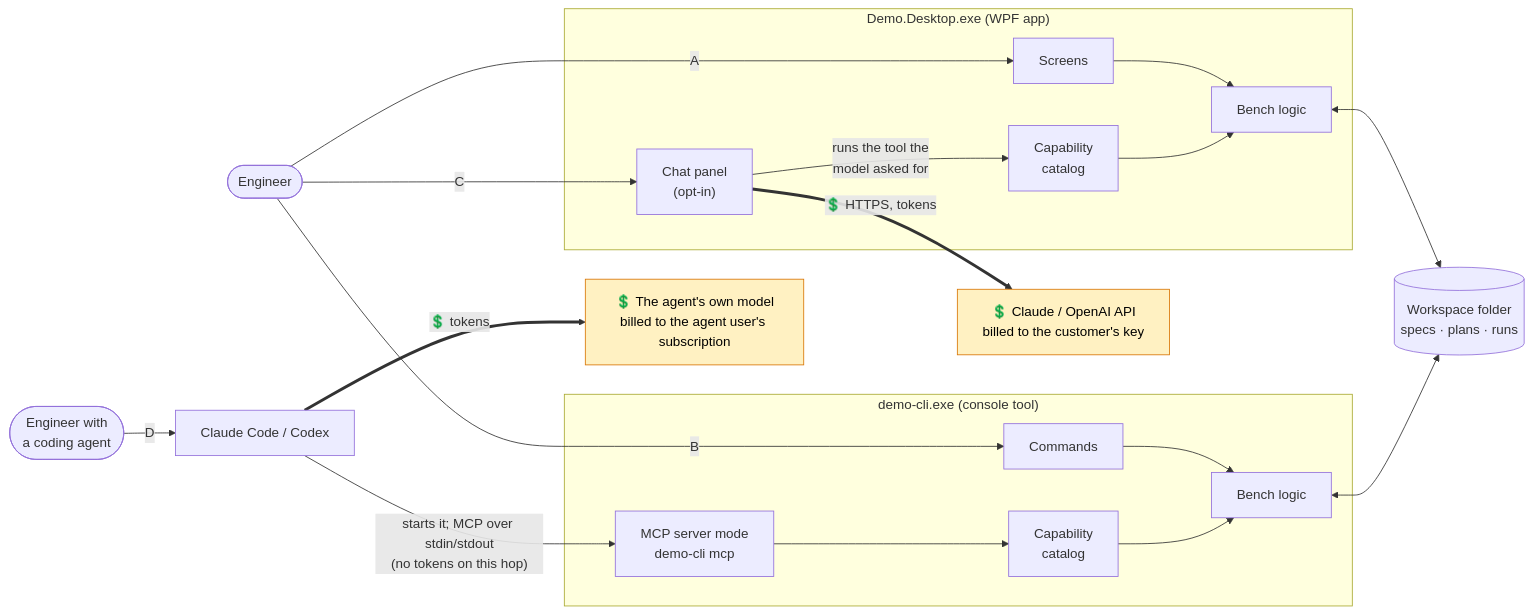
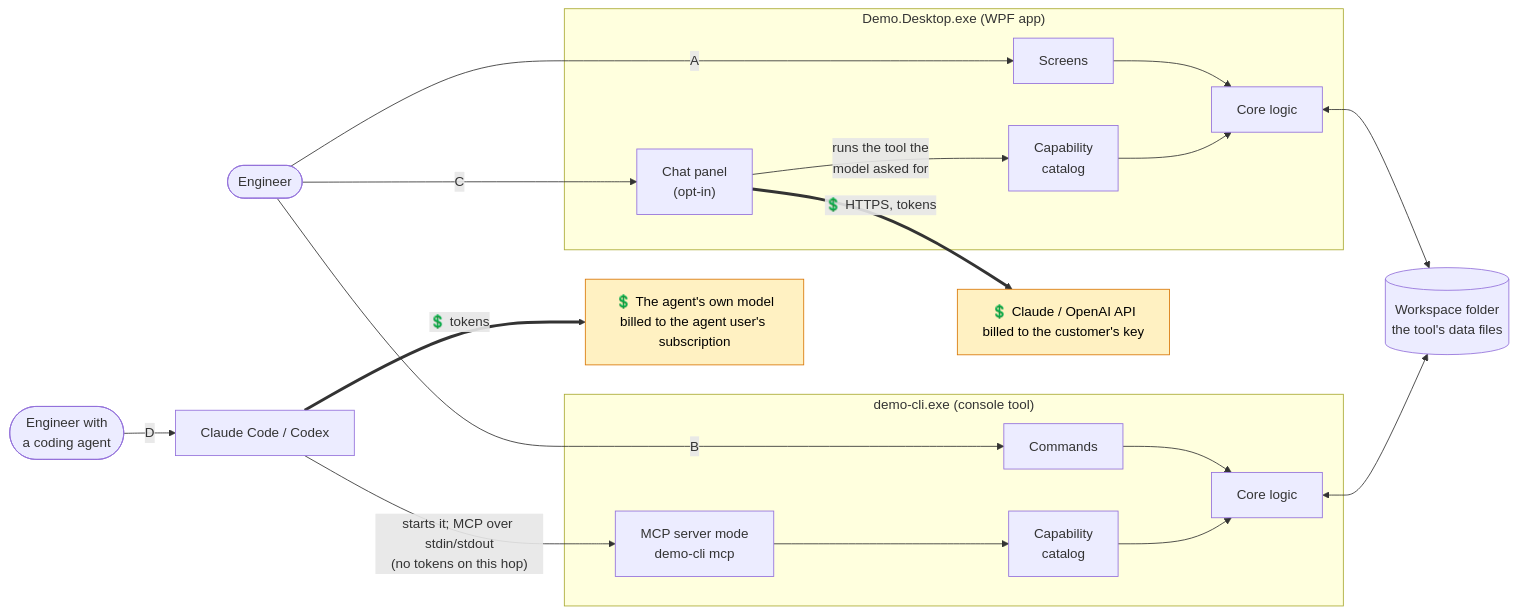
One commit to RelentlessOldMan/ChatbotAddonDemo changed the diagram in README.md. Above: the diagram before and after it, drawn with Mermaid. The commit also changed other lines of this file and 2 other files, not shown here.

Commit message:
Docs: make the architecture diagrams generic (core logic, no test-bench lists in boxes)

Claude-Session: https://claude.ai/code/session_01RqCrBPJkyojDMLP4z7v4oY

````diff
--- a/README.md
+++ b/README.md
@@ -20,37 +20,37 @@
 ```mermaid
 flowchart LR
     eng(["Engineer"])
     dev(["Engineer with<br/>a coding agent"])
 
     subgraph desktop["Demo.Desktop.exe (WPF app)"]
         ui["Screens"]
         chat["Chat panel<br/>(opt-in)"]
         dcap["Capability<br/>catalog"]
-        dlogic["Bench logic"]
+        dlogic["Core logic"]
     end
     subgraph cli["demo-cli.exe (console tool)"]
         cmds["Commands"]
         mcp["MCP server mode<br/>demo-cli mcp"]
         ccap["Capability<br/>catalog"]
-        clogic["Bench logic"]
+        clogic["Core logic"]
     end
 
     llm["💲 Claude / OpenAI API<br/>billed to the customer's key"]
     agent["Claude Code / Codex"]
     agentllm["💲 The agent's own model<br/>billed to the agent user's subscription"]
-    ws[("Workspace folder<br/>specs · plans · runs")]
+    ws[("Workspace folder<br/>the tool's data files")]
 
     eng -- A --> ui --> dlogic
     eng -- B --> cmds --> clogic
     eng -- C --> chat
     chat == "💲 HTTPS, tokens" ==> llm
     chat -- "runs the tool the<br/>model asked for" --> dcap --> dlogic
     dev -- D --> agent
     agent == "💲 tokens" ==> agentllm
     agent -- "starts it; MCP over stdin/stdout<br/>(no tokens on this hop)" --> mcp --> ccap --> clogic
     dlogic <--> ws
     clogic <--> ws
 
     classDef paid fill:#fff1c2,stroke:#d97706,color:#000
     class llm,agentllm paid
 ```
````
